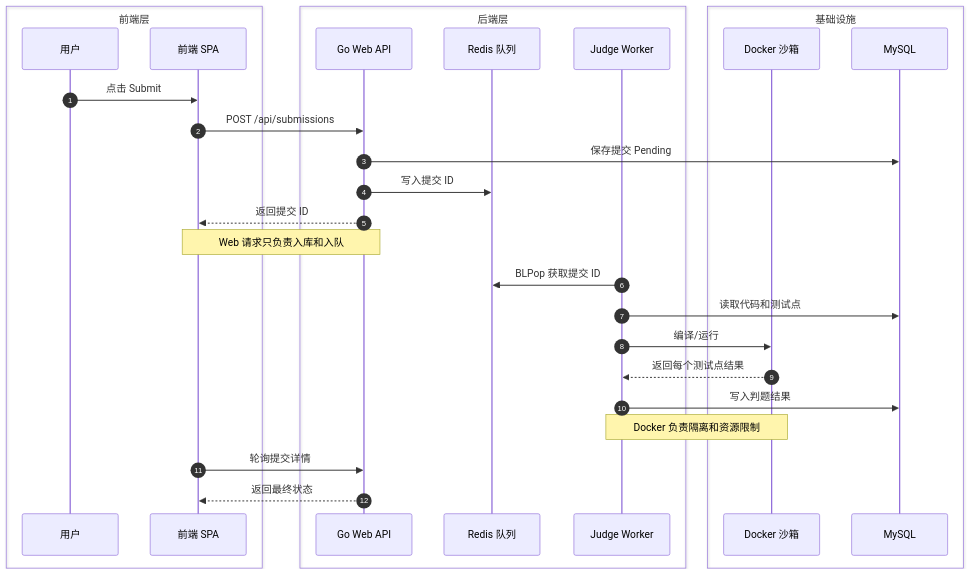
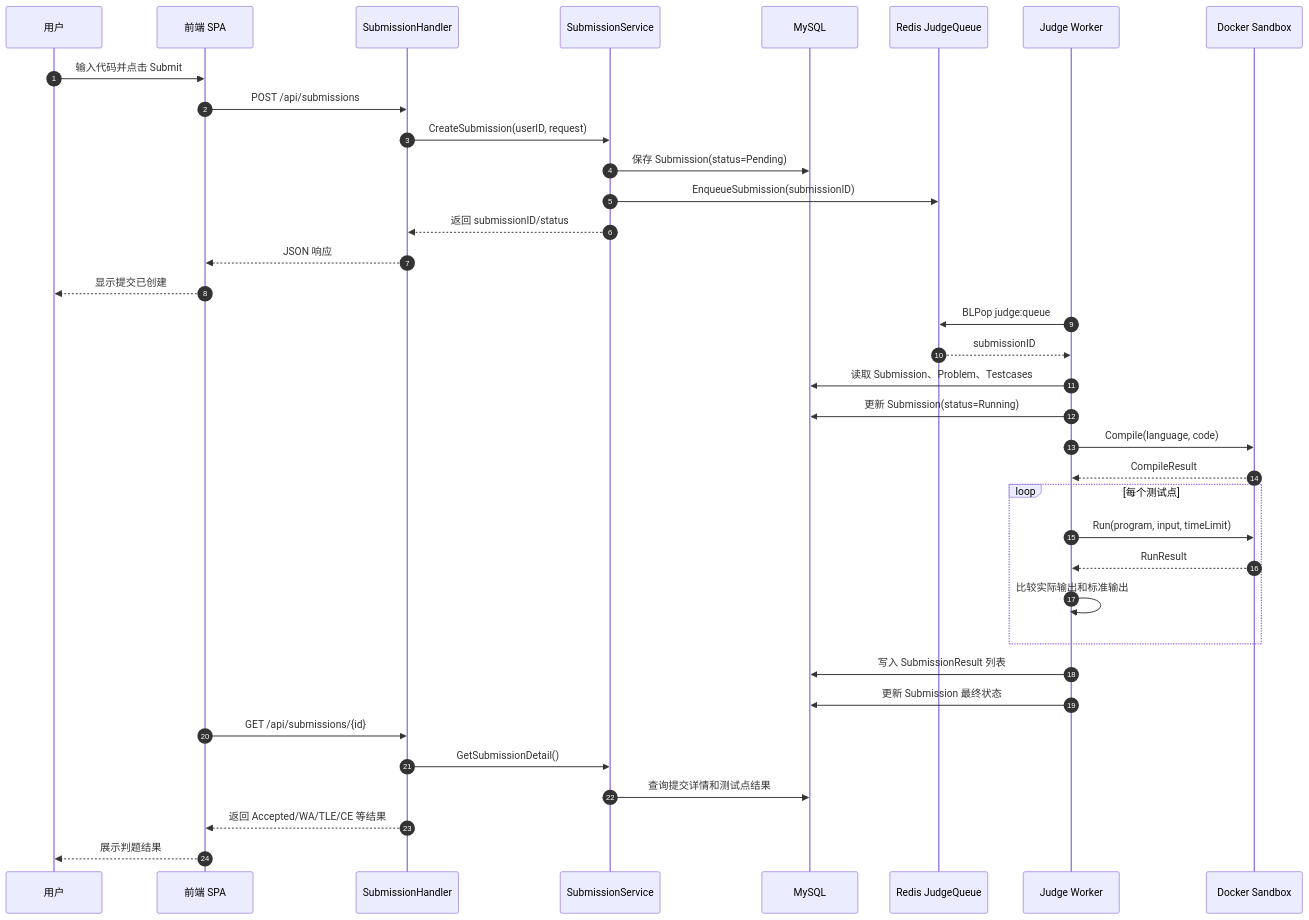
Before and after one commit to yyhdndx/SEUOJ: the third of 3 diagrams in docs/class-report-questions.md, drawn with Mermaid. The commit also changed other lines of this file and 13 other files, not shown here.

````diff
--- a/docs/class-report-questions.md
+++ b/docs/class-report-questions.md
@@ -612,32 +310,40 @@
 ```mermaid
 sequenceDiagram
   autonumber
-  box 前端层
-    participant U as 用户
-    participant F as 前端 SPA
+  participant U as 用户
+  participant F as 前端 SPA
+  participant API as SubmissionHandler
+  participant S as SubmissionService
+  participant DB as MySQL
+  participant Q as Redis JudgeQueue
+  participant W as Judge Worker
+  participant D as Docker Sandbox
+
+  U->>F: 输入代码并点击 Submit
+  F->>API: POST /api/submissions
+  API->>S: CreateSubmission(userID, request)
+  S->>DB: 保存 Submission(status=Pending)
+  S->>Q: EnqueueSubmission(submissionID)
+  S-->>API: 返回 submissionID/status
+  API-->>F: JSON 响应
+  F-->>U: 显示提交已创建
+
+  W->>Q: BLPop judge:queue
+  Q-->>W: submissionID
+  W->>DB: 读取 Submission、Problem、Testcases
+  W->>DB: 更新 Submission(status=Running)
+  W->>D: Compile(language, code)
+  D-->>W: CompileResult
+  loop 每个测试点
+    W->>D: Run(program, input, timeLimit)
+    D-->>W: RunResult
+    W->>W: 比较实际输出和标准输出
   end
-  box 后端层
-    participant W as Go Web API
-    participant R as Redis 队列
-    participant J as Judge Worker
-  end
-  box 基础设施
-    participant D as Docker 沙箱
-    participant M as MySQL
-  end
-
-  U->>F: 点击 Submit
-  F->>W: POST /api/submissions
-  W->>M: 保存提交 Pending
-  W->>R: 写入提交 ID
-  W-->>F: 返回提交 ID
-  Note over F,W: Web 请求只负责入库和入队
-  J->>R: BLPop 获取提交 ID
-  J->>M: 读取代码和测试点
-  J->>D: 编译/运行
-  D-->>J: 返回每个测试点结果
-  J->>M: 写入判题结果
-  Note over J,D: Docker 负责隔离和资源限制
-  F->>W: 轮询提交详情
-  W-->>F: 返回最终状态
+  W->>DB: 写入 SubmissionResult 列表
+  W->>DB: 更新 Submission 最终状态
+  F->>API: GET /api/submissions/{id}
+  API->>S: GetSubmissionDetail()
+  S->>DB: 查询提交详情和测试点结果
+  API-->>F: 返回 Accepted/WA/TLE/CE 等结果
+  F-->>U: 展示判题结果
 ```
````
